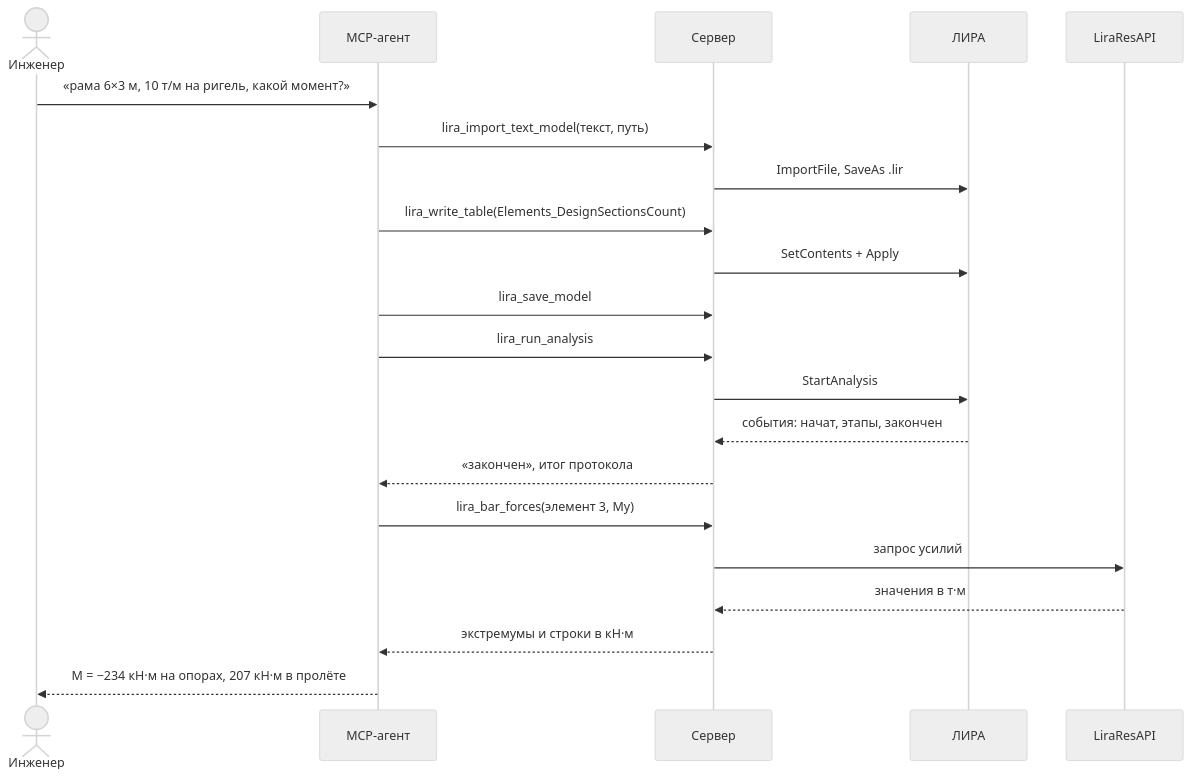
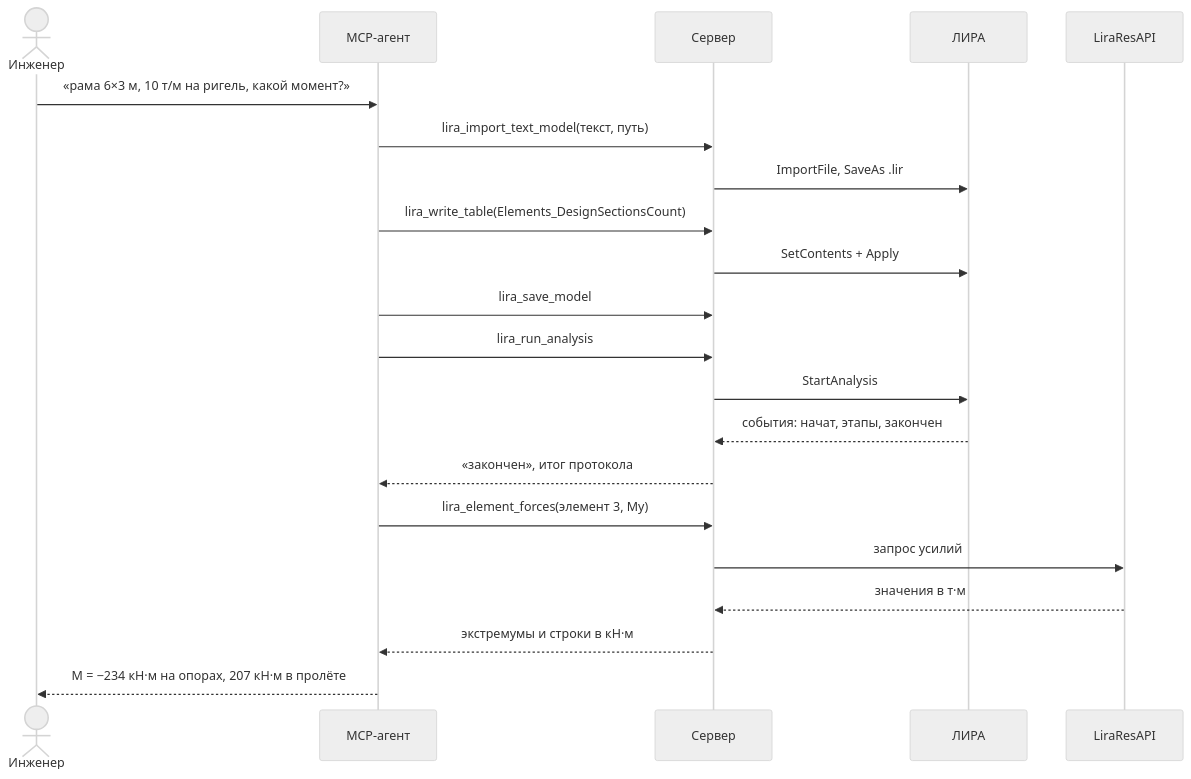
One commit to EvgenVer/lira-sapr-mcp changed the diagram in docs/flows/main-scenario.md. Above: the diagram before and after it, drawn with Mermaid (neutral theme). The commit also changed other lines of this file and 11 other files, not shown here.

First line of the commit message:
Read forces of all element families and dynamic shapes

````diff
--- a/docs/flows/main-scenario.md
+++ b/docs/flows/main-scenario.md
@@ -14,23 +14,23 @@
 ```mermaid
 sequenceDiagram
   actor U as Инженер
   participant A as MCP-агент
   participant S as Сервер
   participant L as ЛИРА
   participant R as LiraResAPI
   U->>A: «рама 6×3 м, 10 т/м на ригель, какой момент?»
   A->>S: lira_import_text_model(текст, путь)
   S->>L: ImportFile, SaveAs .lir
   A->>S: lira_write_table(Elements_DesignSectionsCount)
   S->>L: SetContents + Apply
   A->>S: lira_save_model
   A->>S: lira_run_analysis
   S->>L: StartAnalysis
   L-->>S: события: начат, этапы, закончен
   S-->>A: «закончен», итог протокола
-  A->>S: lira_bar_forces(элемент 3, My)
+  A->>S: lira_element_forces(элемент 3, My)
   S->>R: запрос усилий
   R-->>S: значения в т·м
   S-->>A: экстремумы и строки в кН·м
   A-->>U: M = −234 кН·м на опорах, 207 кН·м в пролёте
 ```
````
